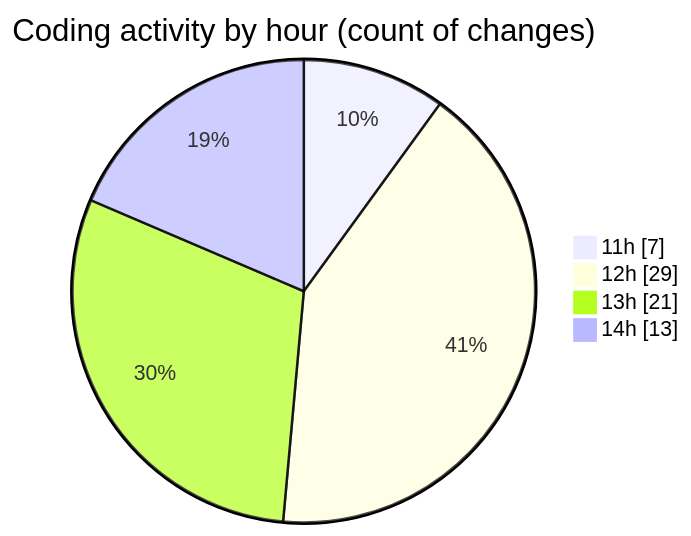
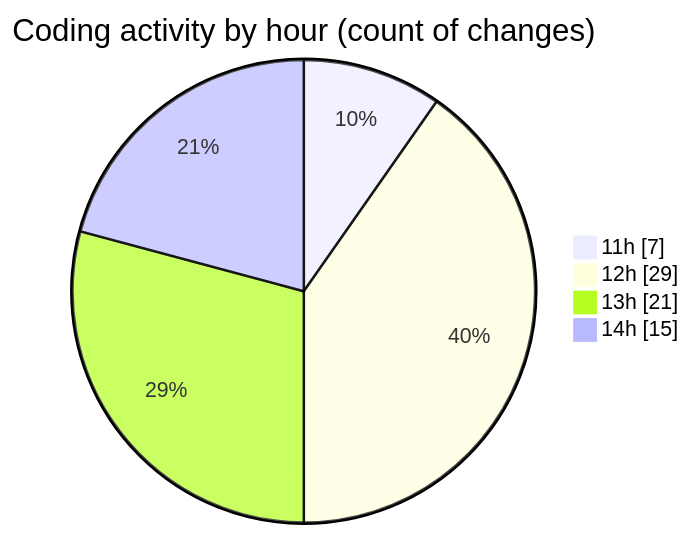
One commit to LanceThiago/code-tracking changed the second of 2 diagrams in 2025-01-08/nueva_carpeta/README.md. Above: the diagram before and after it, drawn with Mermaid. The commit also changed other lines of this file and 1 other file, not shown here.

````diff
--- a/2025-01-08/nueva_carpeta/README.md
+++ b/2025-01-08/nueva_carpeta/README.md
@@ -28,8 +28,8 @@
 ```mermaid
 pie showData
 title Coding activity by hour (count of changes)
 "11h" : 7
 "12h" : 29
 "13h" : 21
-"14h" : 13
+"14h" : 15
 ```
````
